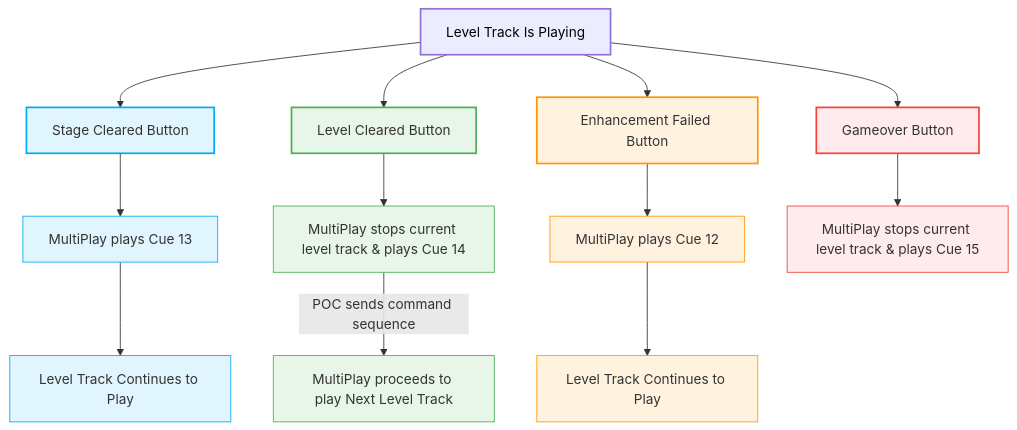
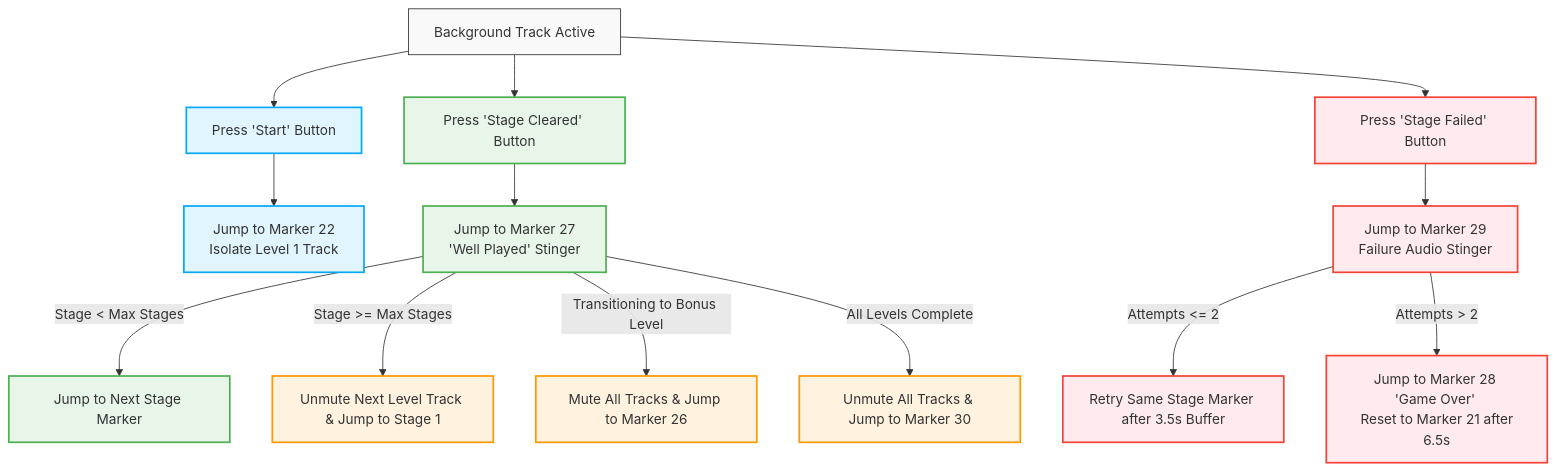
One commit to cel-esx/EGL314_TeamB changed the second of 2 diagrams in MVP/reaper/README.md. Above: the diagram before and after it, drawn with Mermaid. The commit also changed other lines of this file, not shown here.

````diff
--- a/MVP/reaper/README.md
+++ b/MVP/reaper/README.md
@@ -133,38 +155,29 @@
 ```mermaid
 graph TD
- A[Level Track Is Playing] --> B[Stage Cleared Button]
- B --> C[MultiPlay plays Cue 13]
- C --> D[Level Track Continues to Play]
+    A[Background Track Active] --> B[Press 'Start' Button]
+    B --> C[Jump to Marker 22 <br> Isolate Level 1 Track]
 
- A --> E[Level Cleared Button]
- E --> F[MultiPlay stops current level track & plays Cue 14]
- F -->|POC sends command sequence| G[MultiPlay proceeds to play Next Level Track]
+    A --> E[Press 'Stage Cleared' Button]
+    E --> F[Jump to Marker 27 <br> 'Well Played' Stinger]
+    F -->|Stage < Max Stages| G[Jump to Next Stage Marker]
+    F -->|Stage >= Max Stages| H[Unmute Next Level Track & Jump to Stage 1]
+    F -->|Transitioning to Bonus Level| I[Mute All Tracks & Jump to Marker 26]
+    F -->|All Levels Complete| J[Unmute All Tracks & Jump to Marker 30]
 
- A --> H[Enhancement Failed Button]
- H --> I[MultiPlay plays Cue 12]
- I --> J[Level Track Continues to Play]
+    A --> K[Press 'Stage Failed' Button]
+    K --> L[Jump to Marker 29 <br> Failure Audio Stinger]
+    L -->|Attempts <= 2| M[Retry Same Stage Marker after 3.5s Buffer]
+    L -->|Attempts > 2| N[Jump to Marker 28 'Game Over' <br> Reset to Marker 21 after 6.5s]
 
- A --> K[Gameover Button]
- K --> L[MultiPlay stops current level track & plays Cue 15]
+    classDef default fill:#f9f9f9,stroke:#333,stroke-width:1px;
+    classDef start fill:#e1f5fe,stroke:#03a9f4,stroke-width:2px;
+    classDef success fill:#e8f5e9,stroke:#4caf50,stroke-width:2px;
+    classDef warning fill:#fff3e0,stroke:#ff9800,stroke-width:2px;
+    classDef danger fill:#ffebee,stroke:#f44336,stroke-width:2px;
 
-%% ==========================================
-%% COLOR STYLING SCRIPT
-%% ==========================================
- style A fill:#ECECFF,stroke:#9370DB,stroke-width:2px,color:#000
-
- style B fill:#E1F5FE,stroke:#03A9F4,stroke-width:2px
- style C fill:#E1F5FE,stroke:#03A9F4,stroke-width:1px
- style D fill:#E1F5FE,stroke:#03A9F4,stroke-width:1px
-
- style E fill:#E8F5E9,stroke:#4CAF50,stroke-width:2px
- style F fill:#E8F5E9,stroke:#4CAF50,stroke-width:1px
- style G fill:#E8F5E9,stroke:#4CAF50,stroke-width:1px
-
- style H fill:#FFF3E0,stroke:#FF9800,stroke-width:2px
- style I fill:#FFF3E0,stroke:#FF9800,stroke-width:1px
- style J fill:#FFF3E0,stroke:#FF9800,stroke-width:1px
-
- style K fill:#FFEBEE,stroke:#F44336,stroke-width:2px
- style L fill:#FFEBEE,stroke:#F44336,stroke-width:1px
+    class B,C start;
+    class E,F,G success;
+    class H,I,J warning;
+    class K,L,M,N danger;
 
 ```
````
